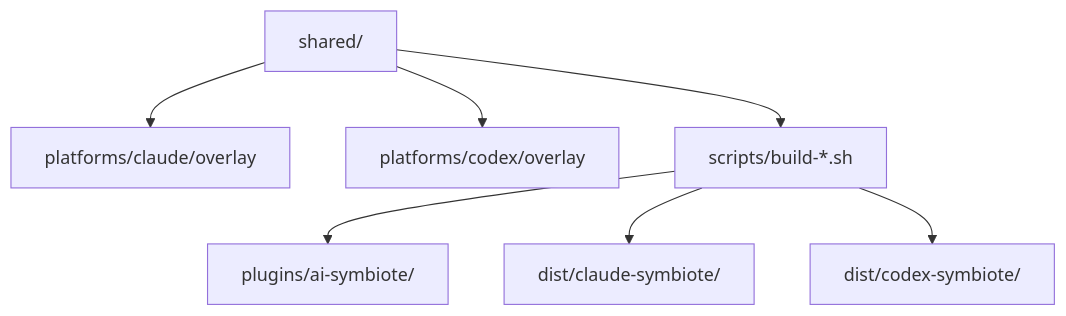
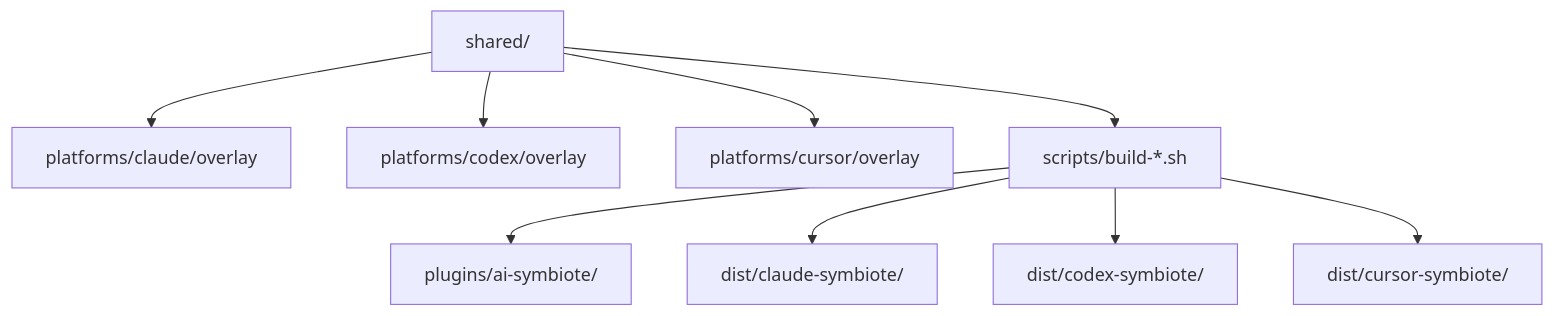
One commit to Jimmy-Jung/ai-symbiote changed the first of 2 diagrams in docs/02-아키텍처.md. Above: the diagram before and after it, drawn with Mermaid. The commit also changed other lines of this file and 2 other files, not shown here.

First line of the commit message:
docs: Cursor 플랫폼을 릴리즈 규칙 및 아키텍처 문서에 반영

````diff
--- a/docs/02-아키텍처.md
+++ b/docs/02-아키텍처.md
@@ -10,9 +10,11 @@
 ```mermaid
 flowchart TD
     A["shared/"] --> B["platforms/claude/overlay"]
     A --> C["platforms/codex/overlay"]
+    A --> C2["platforms/cursor/overlay"]
     A --> D["scripts/build-*.sh"]
     D --> E["plugins/ai-symbiote/"]
     D --> F["dist/claude-symbiote/"]
     D --> G["dist/codex-symbiote/"]
+    D --> H["dist/cursor-symbiote/"]
 ```
````
